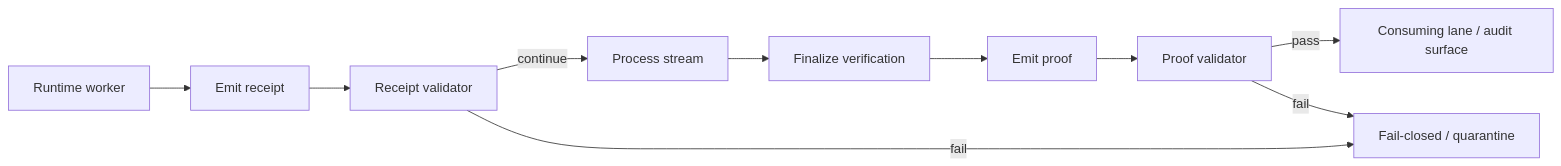
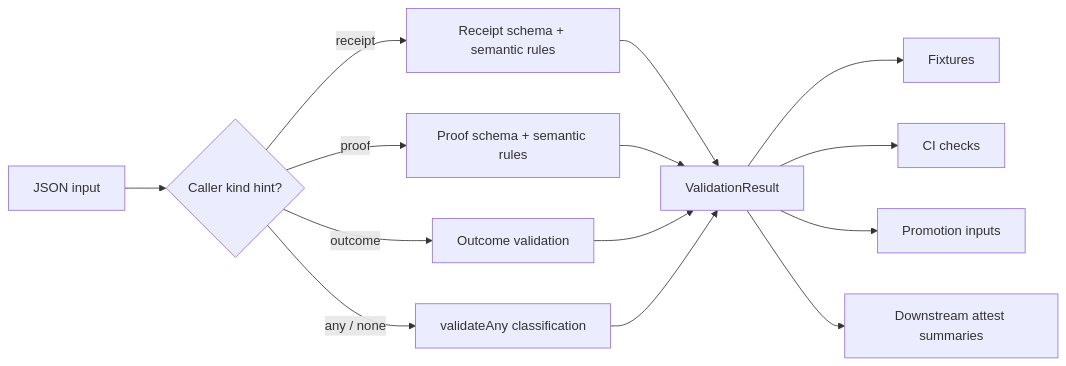
The diagram in tests/runtime_verification/README.md (bartytime4life/Kansas-Frontier-Matrix), drawn with Mermaid before and after one commit. The commit also changed other lines of this file, not shown here.

````diff
--- a/tests/runtime_verification/README.md
+++ b/tests/runtime_verification/README.md
@@ -372,13 +97,18 @@
 ```mermaid
 flowchart LR
-    A[Runtime worker] --> B[Emit receipt]
-    B --> C[Receipt validator]
-    C -->|continue| D[Process stream]
-    C -->|fail| I[Fail-closed / quarantine]
+    A[JSON input] --> B{Caller kind hint?}
+    B -->|receipt| C[Receipt schema + semantic rules]
+    B -->|proof| D[Proof schema + semantic rules]
+    B -->|outcome| E[Outcome validation]
+    B -->|any / none| F[validateAny classification]
 
-    D --> E[Finalize verification]
-    E --> F[Emit proof]
-    F --> G[Proof validator]
-    G -->|pass| H[Consuming lane / audit surface]
-    G -->|fail| I[Fail-closed / quarantine]
+    C --> G[ValidationResult]
+    D --> G
+    E --> G
+    F --> G
+
+    G --> H[Fixtures]
+    G --> I[CI checks]
+    G --> J[Promotion inputs]
+    G --> K[Downstream attest summaries]
 ```
````
